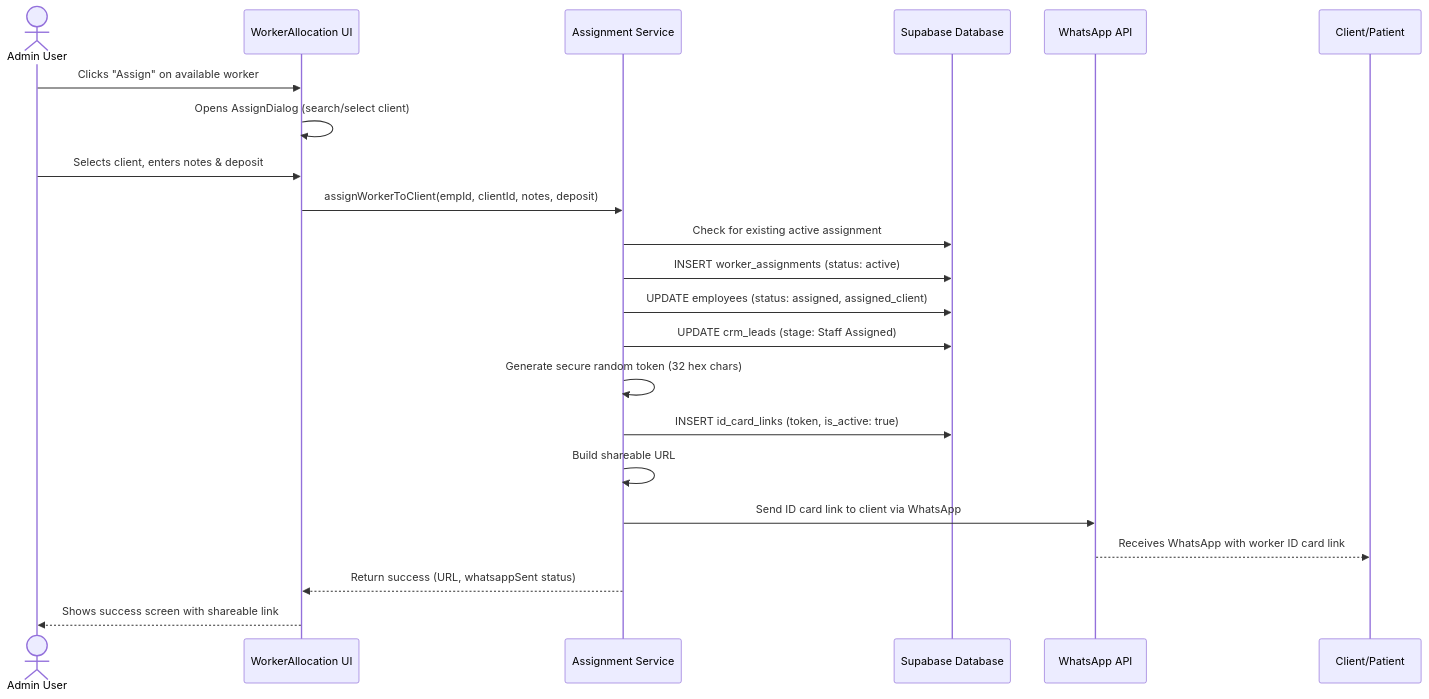
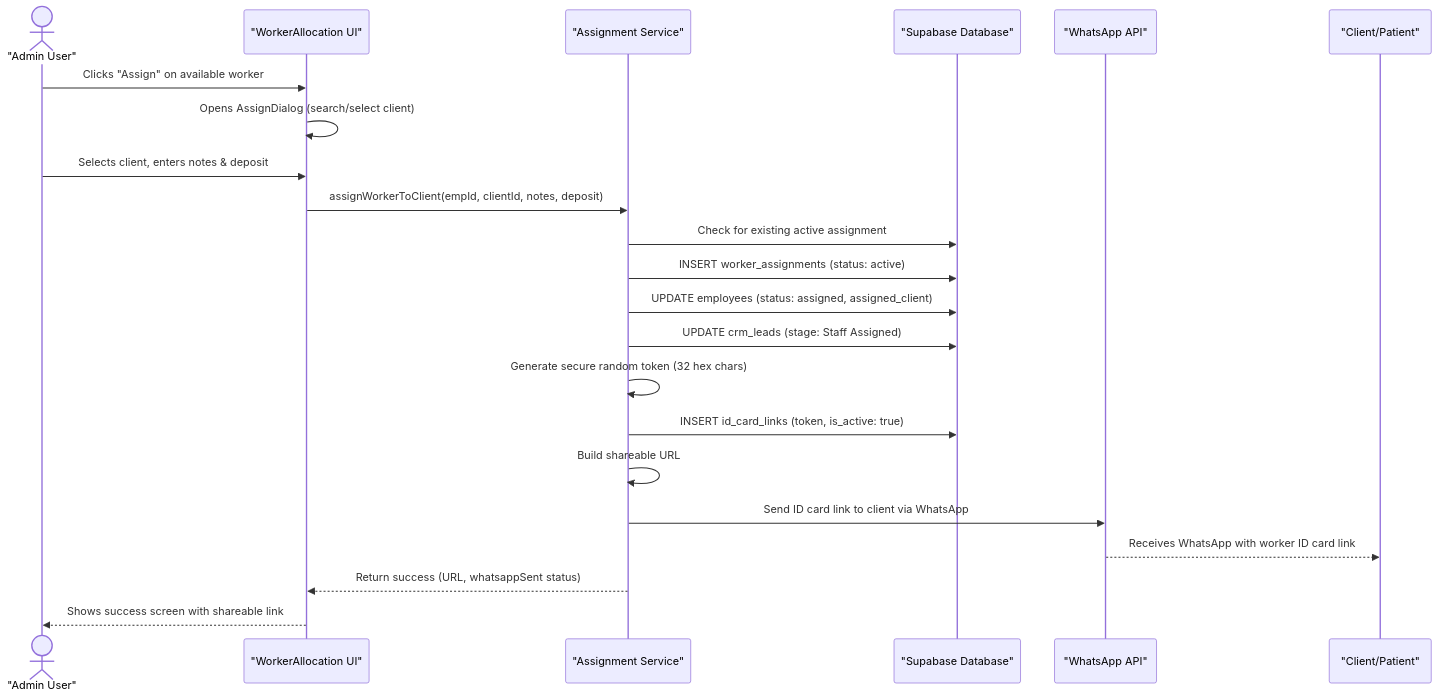
Before and after one commit to Tanishq4090/HealthCare: the eighth of 8 diagrams in report/07_system_design.md, drawn with Mermaid. The commit also changed other lines of this file and 38 other files, not shown here.

````diff
--- a/report/07_system_design.md
+++ b/report/07_system_design.md
@@ -469,25 +480,25 @@
 ```mermaid
 sequenceDiagram
-    actor Admin as Admin User
-    participant UI as WorkerAllocation UI
-    participant AS as Assignment Service
-    participant DB as Supabase Database
-    participant WA as WhatsApp API
-    participant Client as Client/Patient
+    actor Admin as "Admin User"
+    participant UI as "WorkerAllocation UI"
+    participant AS as "Assignment Service"
+    participant DB as "Supabase Database"
+    participant WA as "WhatsApp API"
+    participant Client as "Client/Patient"
 
     Admin->>UI: Clicks "Assign" on available worker
     UI->>UI: Opens AssignDialog (search/select client)
     Admin->>UI: Selects client, enters notes & deposit
     UI->>AS: assignWorkerToClient(empId, clientId, notes, deposit)
     AS->>DB: Check for existing active assignment
     AS->>DB: INSERT worker_assignments (status: active)
     AS->>DB: UPDATE employees (status: assigned, assigned_client)
     AS->>DB: UPDATE crm_leads (stage: Staff Assigned)
     AS->>AS: Generate secure random token (32 hex chars)
     AS->>DB: INSERT id_card_links (token, is_active: true)
     AS->>AS: Build shareable URL
     AS->>WA: Send ID card link to client via WhatsApp
     WA-->>Client: Receives WhatsApp with worker ID card link
     AS-->>UI: Return success (URL, whatsappSent status)
     UI-->>Admin: Shows success screen with shareable link
 ```
````
